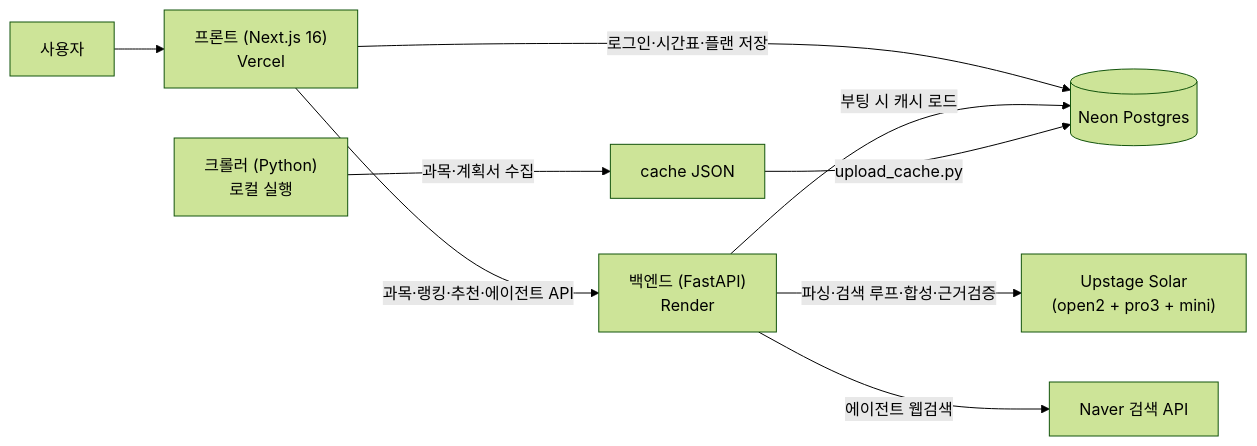
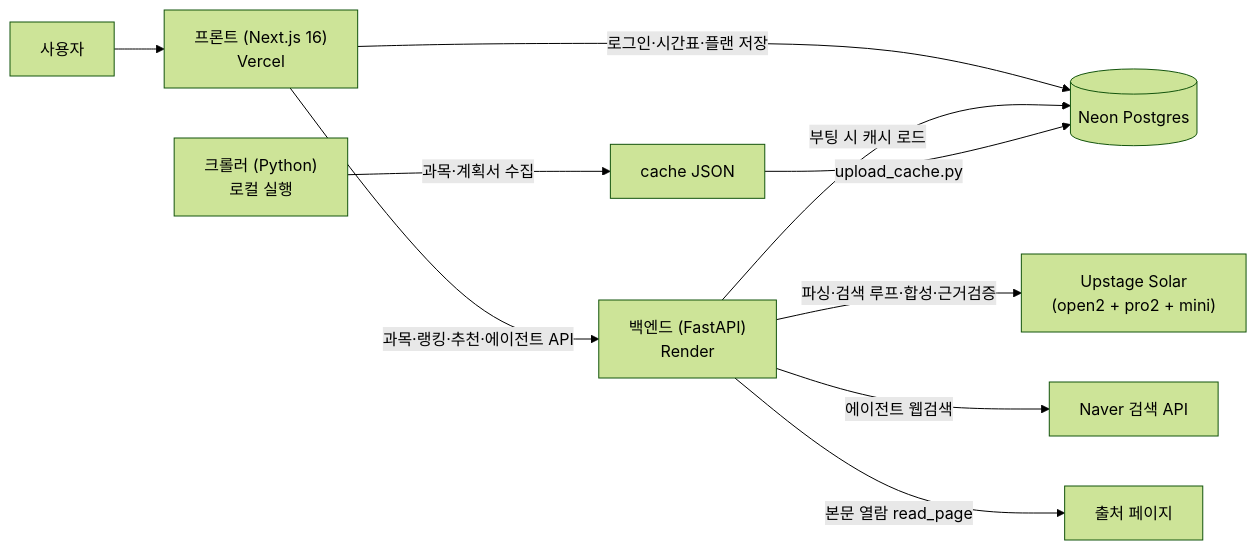
Before and after one commit to IM5K58/SyllaFit: the diagram in README.md, drawn with Mermaid (forest theme). The commit also changed other lines of this file, not shown here.

````diff
--- a/README.md
+++ b/README.md
@@ -37,11 +39,12 @@
 ```mermaid
 flowchart LR
     U[사용자] --> FE["프론트 (Next.js 16)<br/>Vercel"]
     FE -->|과목·랭킹·추천·에이전트 API| BE["백엔드 (FastAPI)<br/>Render"]
     FE -->|로그인·시간표·플랜 저장| DB[("Neon Postgres")]
     BE -->|부팅 시 캐시 로드| DB
-    BE -->|파싱·검색 루프·합성·근거검증| SOLAR["Upstage Solar<br/>(open2 + pro3 + mini)"]
+    BE -->|파싱·검색 루프·합성·근거검증| SOLAR["Upstage Solar<br/>(open2 + pro2 + mini)"]
     BE -->|에이전트 웹검색| NAVER["Naver 검색 API"]
+    BE -->|본문 열람 read_page| WEB["출처 페이지"]
     CR["크롤러 (Python)<br/>로컬 실행"] -->|과목·계획서 수집| CACHE["cache JSON"]
     CACHE -->|upload_cache.py| DB
 ```
````
